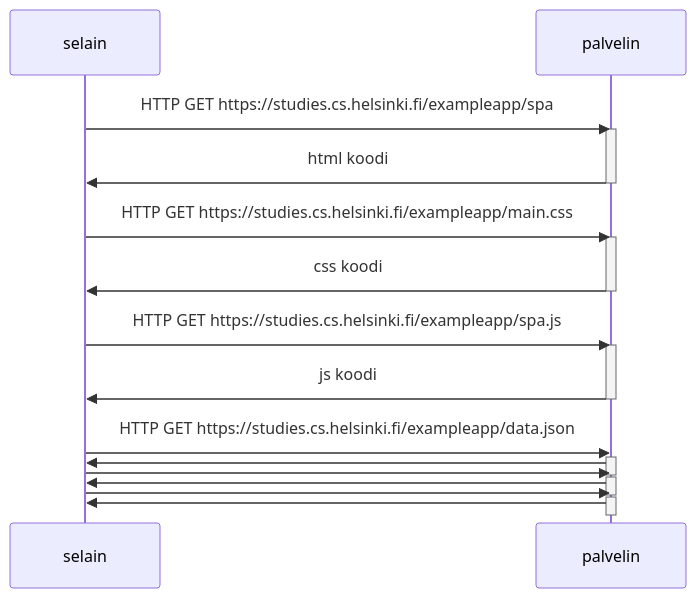
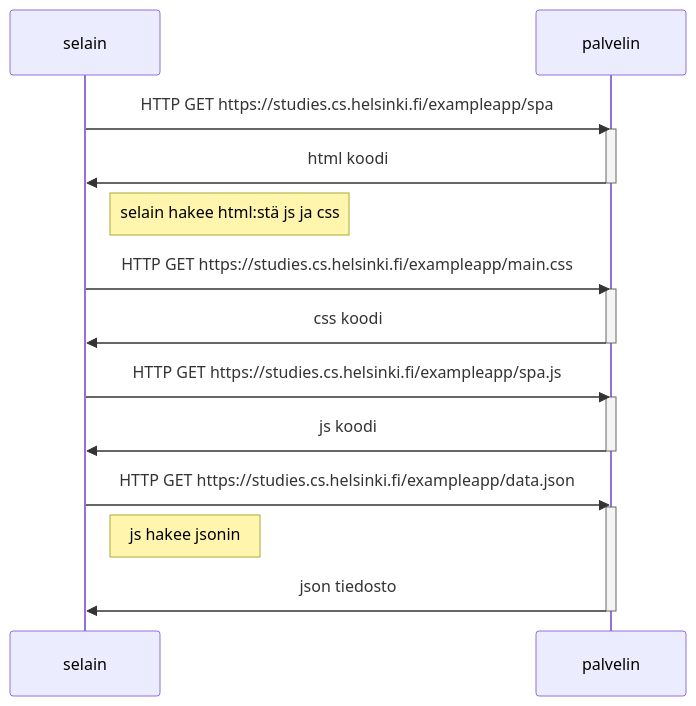
One commit to RoopeMakinen/Palautus-repositori changed the diagram in osa0/tehtävät/0,5.md. Above: the diagram before and after it, drawn with Mermaid.

````diff
--- a/osa0/tehtävät/0,5.md
+++ b/osa0/tehtävät/0,5.md
@@ -1,35 +1,31 @@
 ```mermaid
 sequenceDiagram
 participant selain 
 participant palvelin
   
   selain->>palvelin: HTTP GET https://studies.cs.helsinki.fi/exampleapp/spa
   activate palvelin
   palvelin->>selain: html koodi
   deactivate palvelin
+note right of selain: selain hakee html:stä js ja css
   
   selain->>palvelin: HTTP GET https://studies.cs.helsinki.fi/exampleapp/main.css
   activate palvelin
   palvelin->>selain: css koodi
   deactivate palvelin
   
   selain->>palvelin: HTTP GET https://studies.cs.helsinki.fi/exampleapp/spa.js
   activate palvelin
   palvelin->>selain: js koodi
   deactivate palvelin
+
+
   
   selain->>palvelin: HTTP GET https://studies.cs.helsinki.fi/exampleapp/data.json
+
   activate palvelin
-  palvelin->>selain:
+note right of selain: js hakee jsonin
+  palvelin->>selain: json tiedosto
   deactivate palvelin
-  
-  selain->>palvelin:
-  activate palvelin
-  palvelin->>selain:
-  deactivate palvelin
-  
-  selain->>palvelin:
-  activate palvelin
-  palvelin->>selain:
-  deactivate palvelin
+
 ```
````
